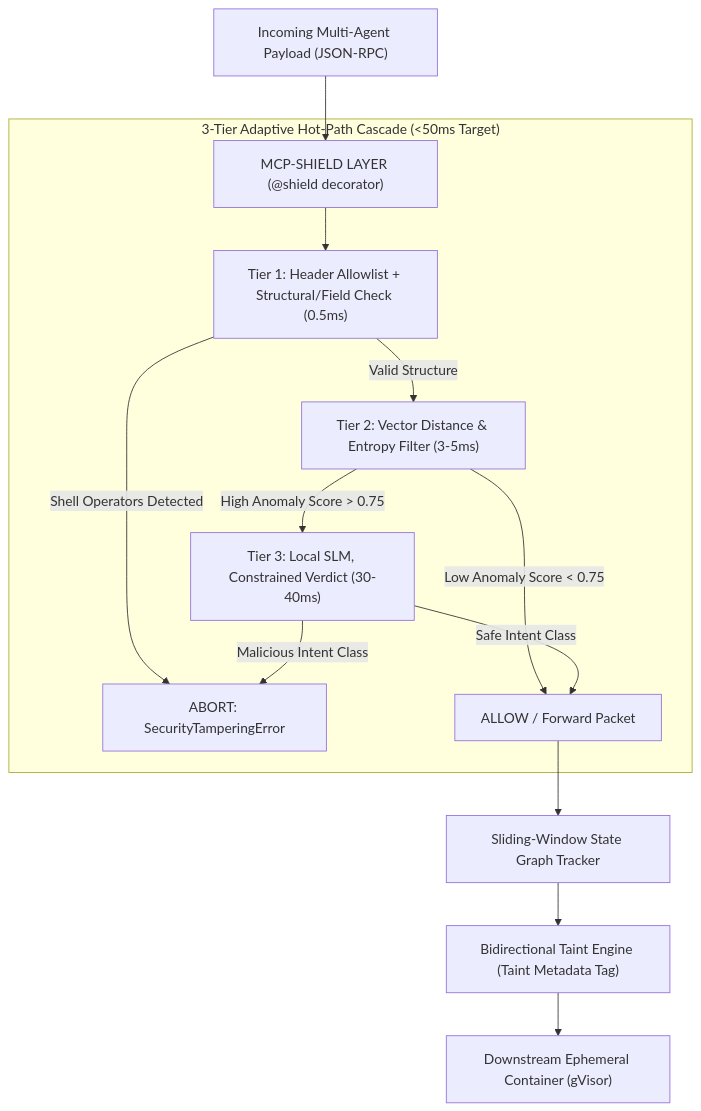
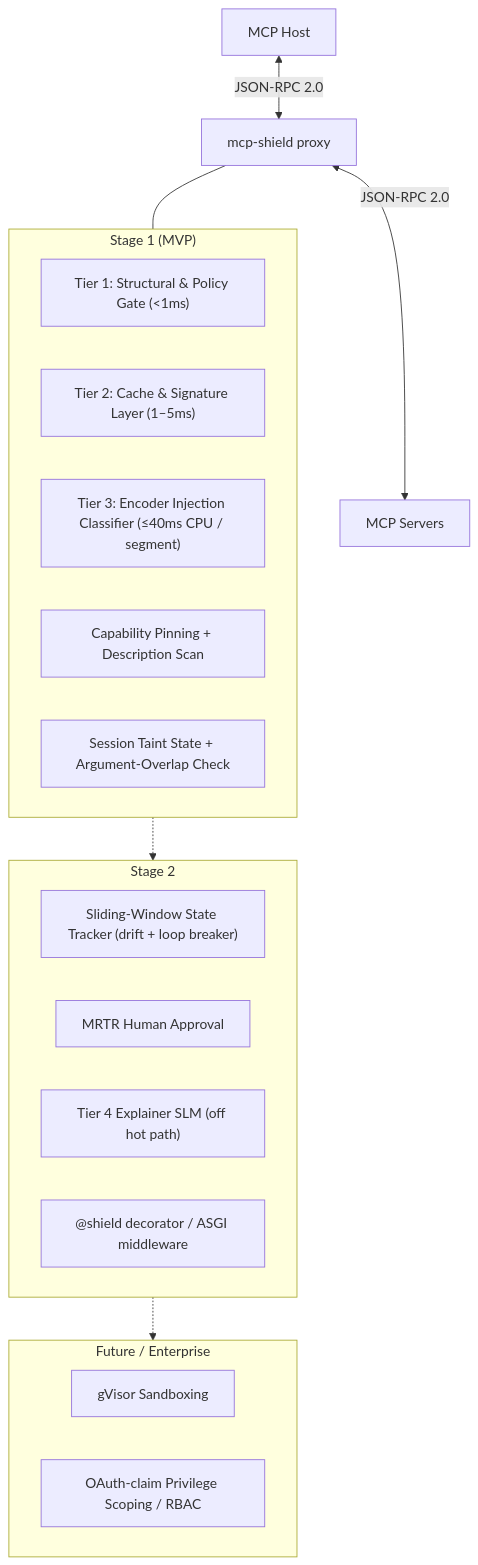
The diagram in 06 - Fortified Solution & Defense Upgrades.md (rishikeshvarma/MCP-Shield), drawn with Mermaid before and after one commit. The commit also changed other lines of this file and 10 other files, not shown here.

````diff
--- a/06 - Fortified Solution & Defense Upgrades.md
+++ b/06 - Fortified Solution & Defense Upgrades.md
@@ -23,21 +25,29 @@
 ```mermaid
 graph TD
-    Payload["Incoming Multi-Agent Payload (JSON-RPC)"] --> Decorator["MCP-SHIELD LAYER (@shield decorator)"]
-    
-    subgraph Cascade["3-Tier Adaptive Hot-Path Cascade (<50ms Target)"]
-        Decorator --> T1["Tier 1: Header Allowlist + Structural/Field Check (0.5ms)"]
-        T1 -->|Valid Structure| T2["Tier 2: Vector Distance & Entropy Filter (3-5ms)"]
-        T1 -->|Shell Operators Detected| Deny["ABORT: SecurityTamperingError"]
-        
-        T2 -->|"Low Anomaly Score < 0.75"| Pass["ALLOW / Forward Packet"]
-        T2 -->|"High Anomaly Score > 0.75"| T3["Tier 3: Local SLM, Constrained Verdict (30-40ms)"]
+    Host["MCP Host"] <-->|"JSON-RPC 2.0"| Proxy["mcp-shield proxy"]
+    Proxy <-->|"JSON-RPC 2.0"| Servers["MCP Servers"]
 
-        
-        T3 -->|Malicious Intent Class| Deny
-        T3 -->|Safe Intent Class| Pass
+    subgraph Stage1["Stage 1 (MVP)"]
+        F1["Tier 1: Structural & Policy Gate (<1ms)"]
+        F2["Tier 2: Cache & Signature Layer (1–5ms)"]
+        F3["Tier 3: Encoder Injection Classifier (≤40ms CPU / segment)"]
+        F4["Capability Pinning + Description Scan"]
+        F5["Session Taint State + Argument-Overlap Check"]
     end
-    
-    Pass --> StateTrack["Sliding-Window State Graph Tracker"]
-    StateTrack --> Taint["Bidirectional Taint Engine (Taint Metadata Tag)"]
-    Taint --> Execution["Downstream Ephemeral Container (gVisor)"]
+
+    subgraph Stage2["Stage 2"]
+        F6["Sliding-Window State Tracker (drift + loop breaker)"]
+        F7["MRTR Human Approval"]
+        F8["Tier 4 Explainer SLM (off hot path)"]
+        F9["@shield decorator / ASGI middleware"]
+    end
+
+    subgraph Future["Future / Enterprise"]
+        F10["gVisor Sandboxing"]
+        F11["OAuth-claim Privilege Scoping / RBAC"]
+    end
+
+    Proxy --- Stage1
+    Stage1 -.-> Stage2
+    Stage2 -.-> Future
 ```
````
